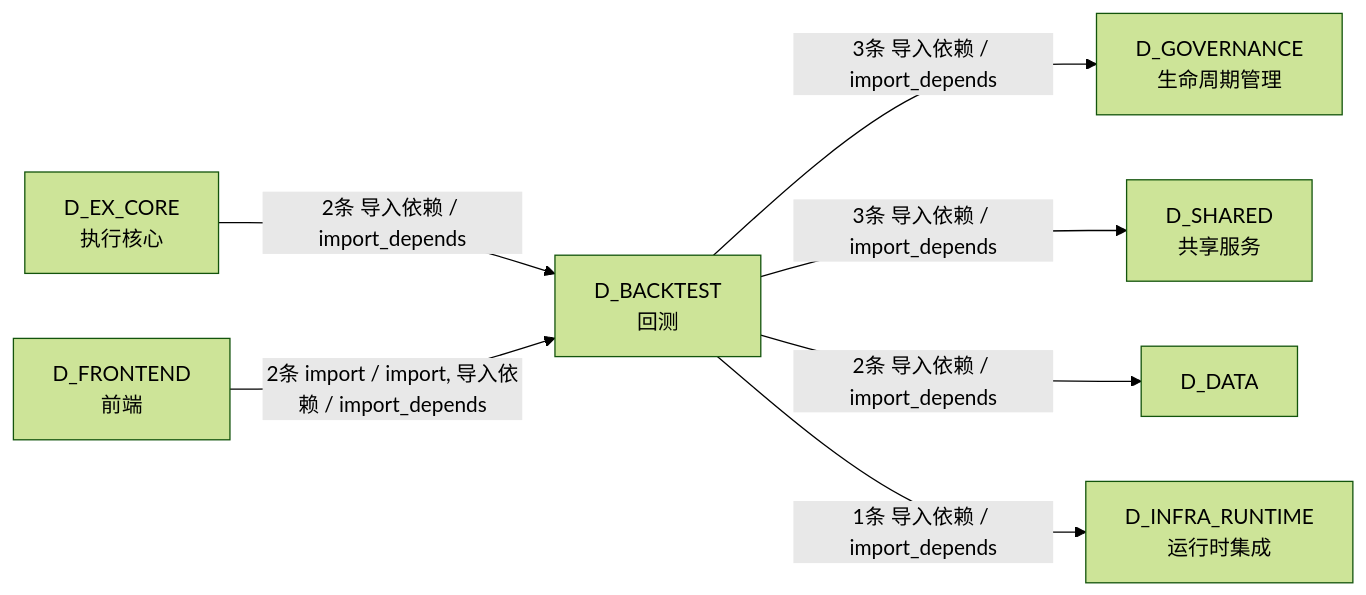
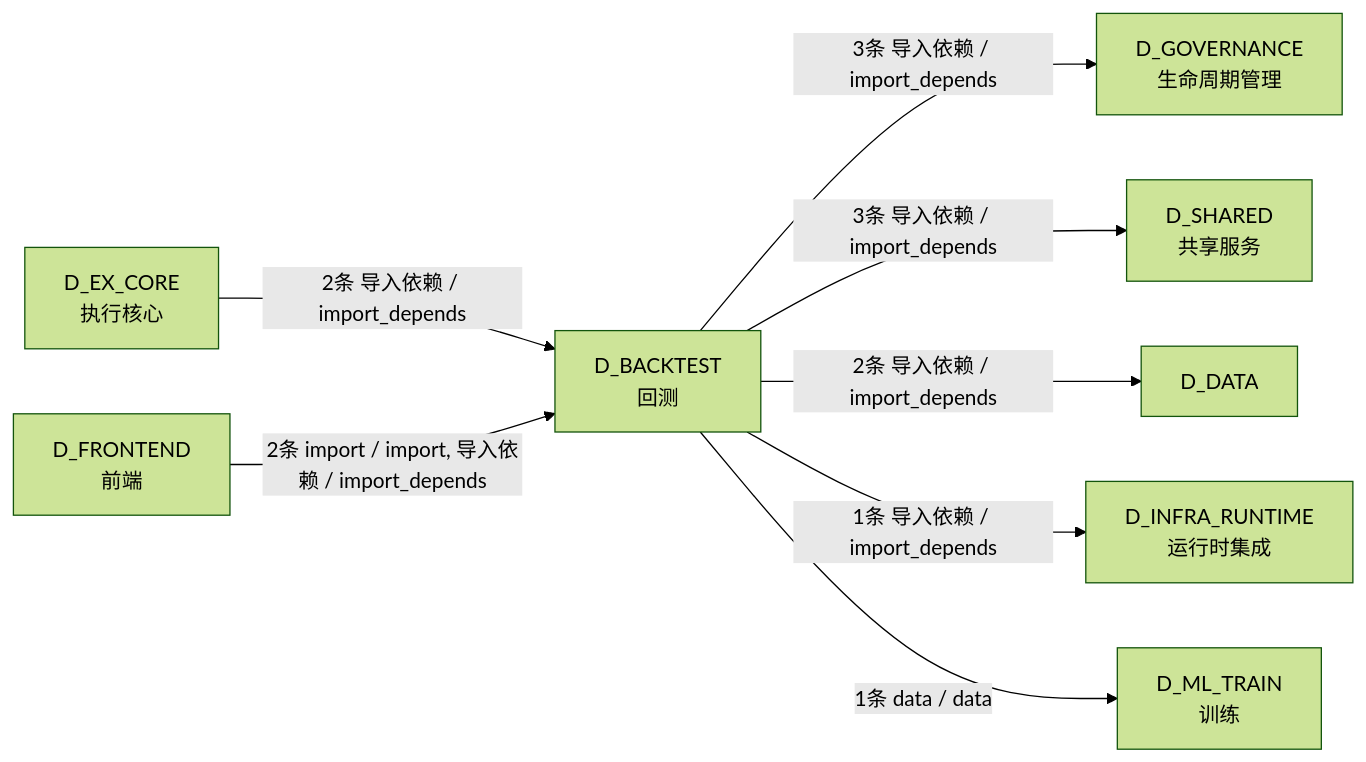
One commit to xuanFelixVan/ZephyrAlpha changed the fifth of 5 diagrams in docs/02_enterprise_architecture/02_domain_architecture_docs/30_d_backtest.md. Above: the diagram before and after it, drawn with Mermaid (forest theme). The commit also changed other lines of this file and 103 other files, not shown here.

````diff
--- a/docs/02_enterprise_architecture/02_domain_architecture_docs/30_d_backtest.md
+++ b/docs/02_enterprise_architecture/02_domain_architecture_docs/30_d_backtest.md
@@ -321,16 +326,18 @@
 ```mermaid
 graph LR
     D_BACKTEST["D_BACKTEST<br/>回测"]
     D_GOVERNANCE["D_GOVERNANCE<br/>生命周期管理"]
     D_SHARED["D_SHARED<br/>共享服务"]
     D_DATA["D_DATA"]
     D_INFRA_RUNTIME["D_INFRA_RUNTIME<br/>运行时集成"]
+    D_ML_TRAIN["D_ML_TRAIN<br/>训练"]
     D_EX_CORE["D_EX_CORE<br/>执行核心"]
     D_FRONTEND["D_FRONTEND<br/>前端"]
     D_BACKTEST -->|3条 导入依赖 / import_depends| D_GOVERNANCE
     D_BACKTEST -->|3条 导入依赖 / import_depends| D_SHARED
     D_BACKTEST -->|2条 导入依赖 / import_depends| D_DATA
     D_BACKTEST -->|1条 导入依赖 / import_depends| D_INFRA_RUNTIME
+    D_BACKTEST -->|1条 data / data| D_ML_TRAIN
     D_EX_CORE -->|2条 导入依赖 / import_depends| D_BACKTEST
     D_FRONTEND -->|2条 import / import, 导入依赖 / import_depends| D_BACKTEST
 ```
````
